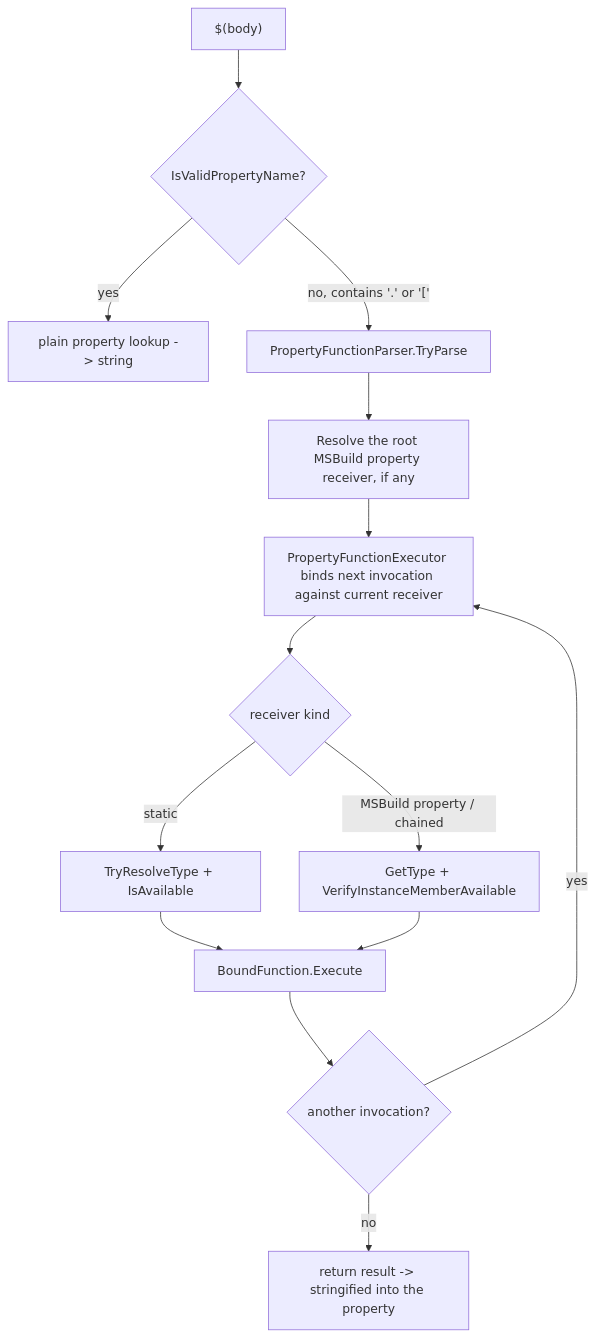
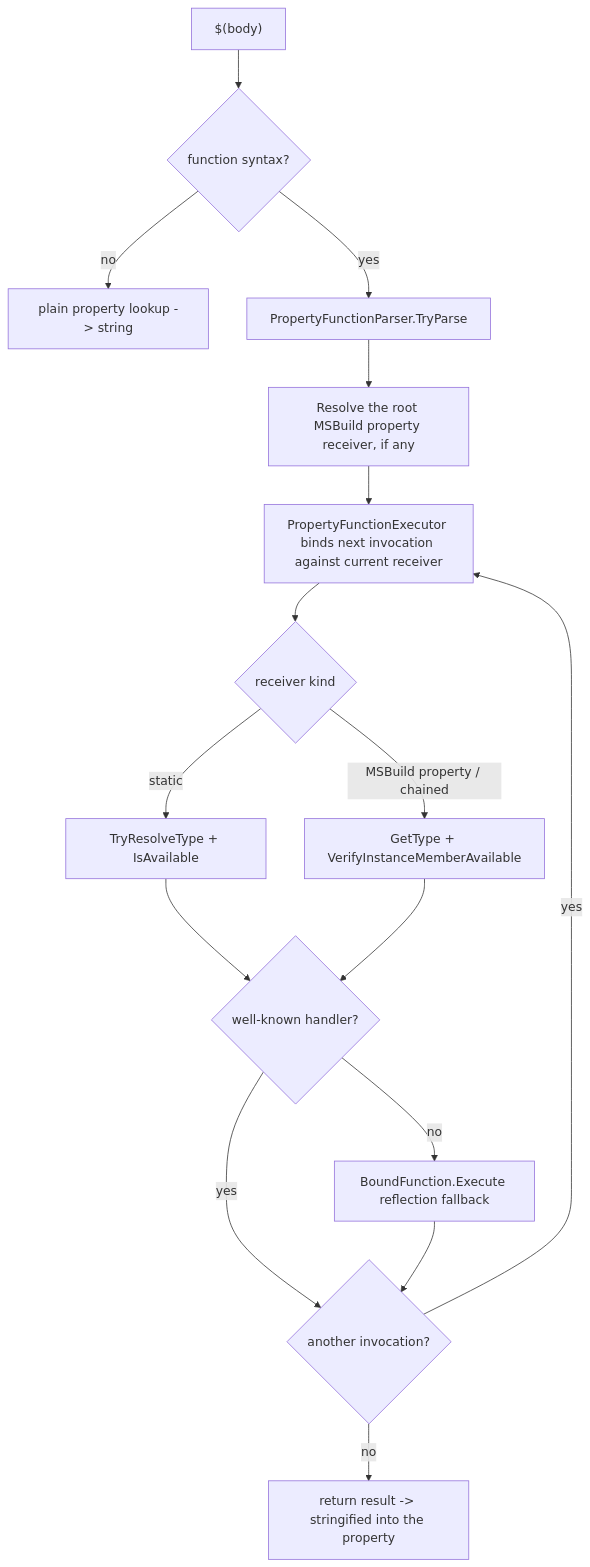
Before and after one commit to DustinCampbell/msbuild: the diagram in documentation/aot/property-functions-reachability.md, drawn with Mermaid. The commit also changed other lines of this file and 12 other files, not shown here.

First line of the commit message:
Run well-known functions before reflection

````diff
--- a/documentation/aot/property-functions-reachability.md
+++ b/documentation/aot/property-functions-reachability.md
@@ -73,16 +75,18 @@
 ```mermaid
 flowchart TD
-    A["$(body)"] --> B{IsValidPropertyName?}
-    B -->|yes| P[plain property lookup -> string]
-    B -->|"no, contains '.' or '['"| C["PropertyFunctionParser.TryParse"]
+    A["$(body)"] --> B{function syntax?}
+    B -->|no| P[plain property lookup -> string]
+    B -->|yes| C["PropertyFunctionParser.TryParse"]
     C --> R["Resolve the root MSBuild property receiver, if any"]
     R --> BIND["PropertyFunctionExecutor binds next invocation against current receiver"]
     BIND --> D{receiver kind}
     D -->|static| E["TryResolveType + IsAvailable"]
     D -->|"MSBuild property / chained"| F["GetType + VerifyInstanceMemberAvailable"]
-    E --> G[BoundFunction.Execute]
-    F --> G
+    E --> W{well-known handler?}
+    F --> W
+    W -->|yes| H
+    W -->|no| G["BoundFunction.Execute reflection fallback"]
     G --> H{another invocation?}
     H -->|yes| BIND
     H -->|no| M[return result -> stringified into the property]
 ```
````
